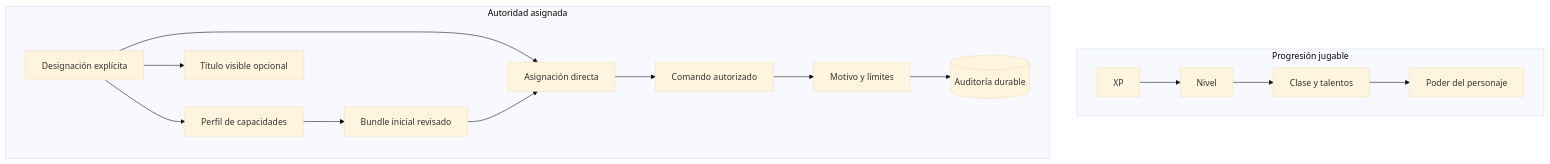
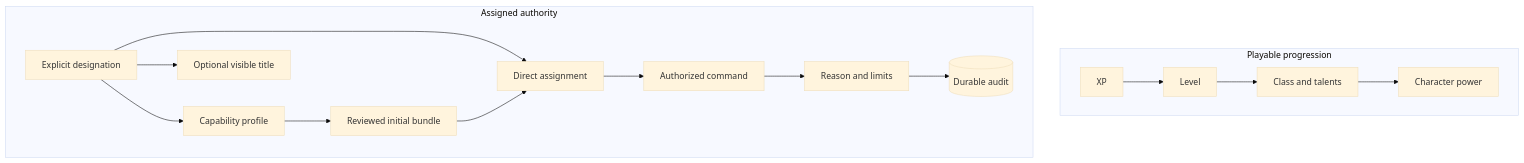
Before and after one commit to hyukudan/tiamud: the second of 3 diagrams in docs/design/social-staff-and-loot-roadmap.md, drawn with Mermaid (base theme). The commit also changed other lines of this file and 11 other files, not shown here.

````diff
--- a/docs/design/social-staff-and-loot-roadmap.md
+++ b/docs/design/social-staff-and-loot-roadmap.md
@@ -492,22 +483,22 @@
 ```mermaid
 flowchart TB
-    accTitle: Separación objetivo entre progresión y autoridad de staff
-    accDescr: La experiencia solo cambia la ficha jugable. Una designación administrativa separada concede capacidades acotadas, puede mostrar un título de ambientación y produce auditoría para cada acción sensible.
+    accTitle: Target separation between progression and staff authority
+    accDescr: Experience only changes the playable character sheet. A separate administrative designation grants bounded capabilities, may show a flavor title, and produces an audit for each sensitive action.
 
-    subgraph Play[Progresión jugable]
-        XP[XP] --> Level[Nivel]
-        Level --> Class[Clase y talentos]
-        Class --> Power[Poder del personaje]
+    subgraph Play[Playable progression]
+        XP[XP] --> Level[Level]
+        Level --> Class[Class and talents]
+        Class --> Power[Character power]
     end
 
-    subgraph Staff[Autoridad asignada]
-        Assign[Designación explícita] --> Profile[Perfil de capacidades]
-        Assign --> Lore[Título visible opcional]
-        Profile --> Bundle[Bundle inicial revisado]
-        Assign --> Capability[Asignación directa]
+    subgraph Staff[Assigned authority]
+        Assign[Explicit designation] --> Profile[Capability profile]
+        Assign --> Lore[Optional visible title]
+        Profile --> Bundle[Reviewed initial bundle]
+        Assign --> Capability[Direct assignment]
         Bundle --> Capability
-        Capability --> Command[Comando autorizado]
-        Command --> Reason[Motivo y límites]
-        Reason --> Audit[(Auditoría durable)]
+        Capability --> Command[Authorized command]
+        Command --> Reason[Reason and limits]
+        Reason --> Audit[(Durable audit)]
     end
 ```
````
